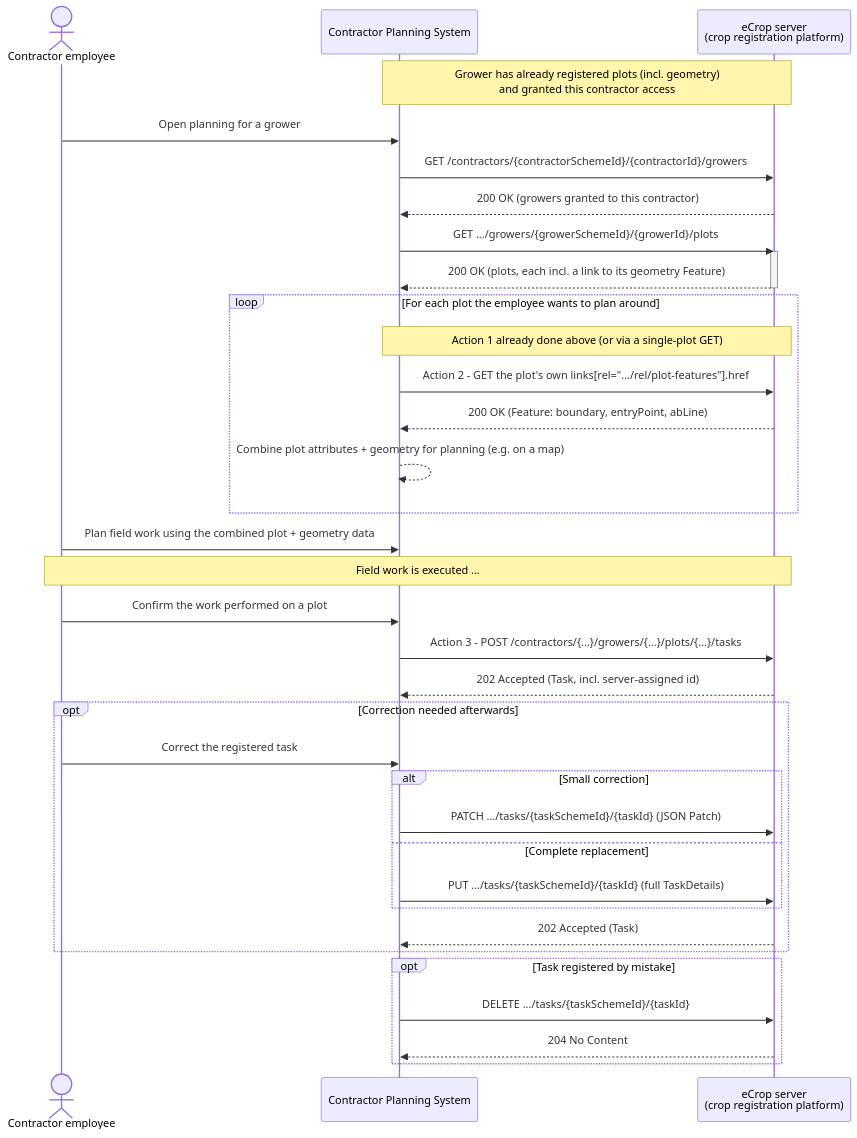
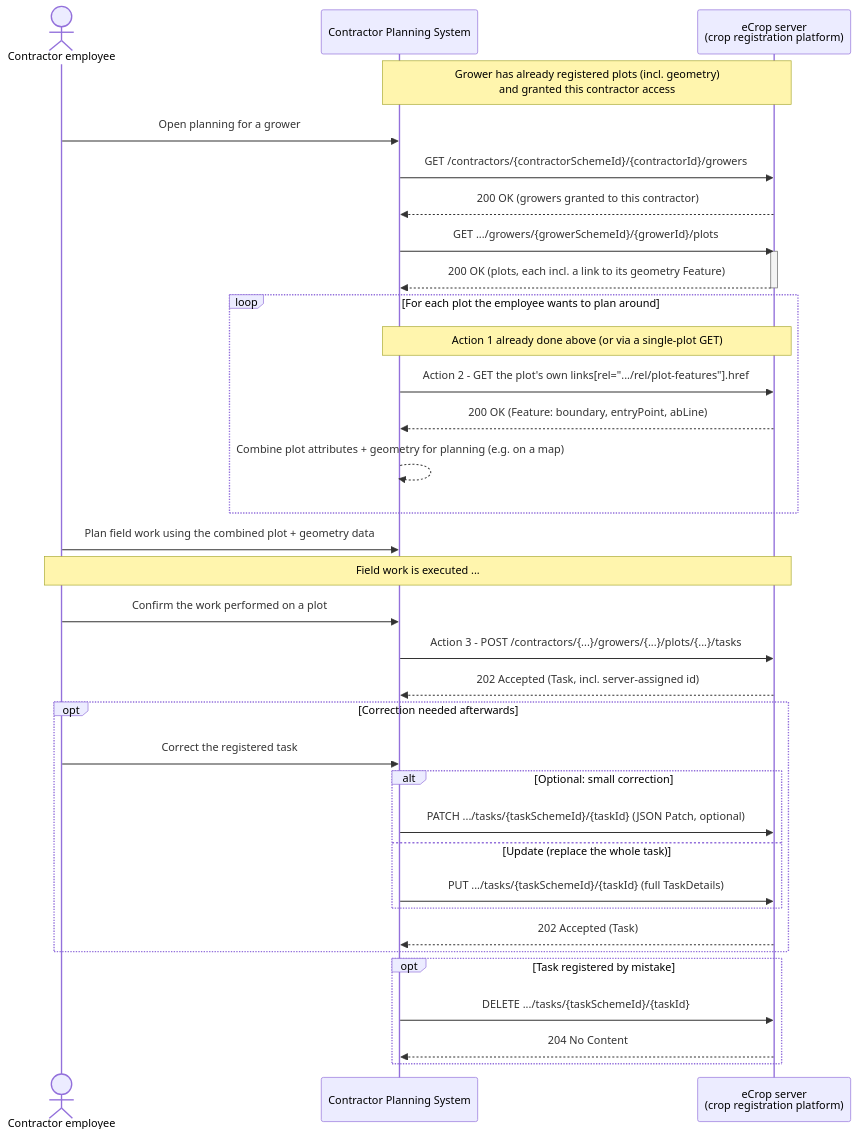
The diagram in examples/contractor-task-planning/README.md (AgroConnectNL/eCrop), drawn with Mermaid before and after one commit. The commit also changed other lines of this file and 2 other files, not shown here.

Commit message:
Mark PATCH as optional in contractor business case docs

````diff
--- a/examples/contractor-task-planning/README.md
+++ b/examples/contractor-task-planning/README.md
@@ -79,47 +79,47 @@
 ```mermaid
 sequenceDiagram
     actor Employee as Contractor employee
     participant CPS as Contractor Planning System
     participant eCrop as eCrop server<br/>(crop registration platform)
 
     Note over CPS,eCrop: Grower has already registered plots (incl. geometry)<br/>and granted this contractor access
 
     Employee->>CPS: Open planning for a grower
     CPS->>eCrop: GET /contractors/{contractorSchemeId}/{contractorId}/growers
     eCrop-->>CPS: 200 OK (growers granted to this contractor)
 
     CPS->>eCrop: GET .../growers/{growerSchemeId}/{growerId}/plots
     activate eCrop
     eCrop-->>CPS: 200 OK (plots, each incl. a link to its geometry Feature)
     deactivate eCrop
 
     loop For each plot the employee wants to plan around
         Note over CPS,eCrop: Action 1 already done above (or via a single-plot GET)
         CPS->>eCrop: Action 2 - GET the plot's own links[rel=".../rel/plot-features"].href
         eCrop-->>CPS: 200 OK (Feature: boundary, entryPoint, abLine)
         CPS-->>CPS: Combine plot attributes + geometry for planning (e.g. on a map)
     end
 
     Employee->>CPS: Plan field work using the combined plot + geometry data
 
     Note over Employee,eCrop: Field work is executed ...
 
     Employee->>CPS: Confirm the work performed on a plot
     CPS->>eCrop: Action 3 - POST /contractors/{...}/growers/{...}/plots/{...}/tasks
     eCrop-->>CPS: 202 Accepted (Task, incl. server-assigned id)
 
     opt Correction needed afterwards
         Employee->>CPS: Correct the registered task
-        alt Small correction
-            CPS->>eCrop: PATCH .../tasks/{taskSchemeId}/{taskId} (JSON Patch)
-        else Complete replacement
+        alt Optional: small correction
+            CPS->>eCrop: PATCH .../tasks/{taskSchemeId}/{taskId} (JSON Patch, optional)
+        else Update (replace the whole task)
             CPS->>eCrop: PUT .../tasks/{taskSchemeId}/{taskId} (full TaskDetails)
         end
         eCrop-->>CPS: 202 Accepted (Task)
     end
 
     opt Task registered by mistake
         CPS->>eCrop: DELETE .../tasks/{taskSchemeId}/{taskId}
         eCrop-->>CPS: 204 No Content
     end
 ```
````
